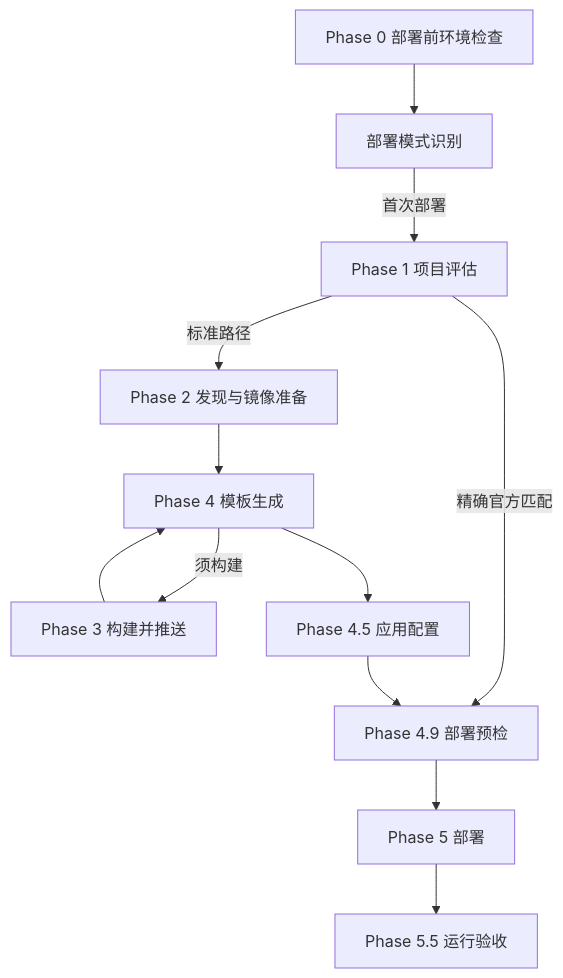
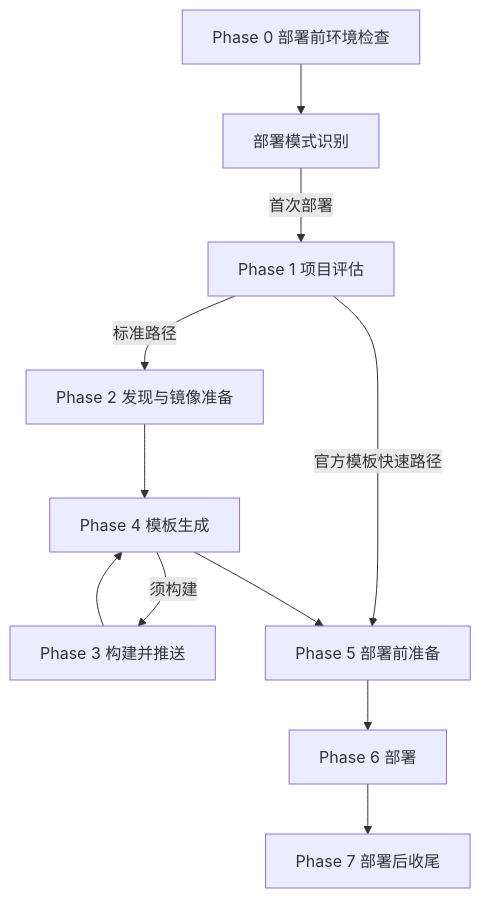
Before and after one commit to Che-Zhu/sealos-skills-doc: the diagram in pipeline/overview.mdx, drawn with Mermaid. The commit also changed other lines of this file and 44 other files, not shown here.

````diff
--- a/pipeline/overview.mdx
+++ b/pipeline/overview.mdx
@@ -29,22 +29,21 @@
 ```mermaid
 flowchart TD
   P0[Phase 0 部署前环境检查]
   MD[部署模式识别]
   P1[Phase 1 项目评估]
   P2[Phase 2 发现与镜像准备]
   P3[Phase 3 构建并推送]
   P4[Phase 4 模板生成]
-  P45[Phase 4.5 应用配置]
-  P49[Phase 4.9 部署预检]
-  P5[Phase 5 部署]
-  P55[Phase 5.5 运行验收]
+  P5[Phase 5 部署前准备]
+  P6[Phase 6 部署]
+  P7[Phase 7 部署后收尾]
 
   P0 --> MD
   MD -->|首次部署| P1
-  P1 -->|精确官方匹配| P49
+  P1 -->|官方模板快速路径| P5
   P1 -->|标准路径| P2
   P2 --> P4
   P4 -->|须构建| P3
   P3 --> P4
-  P4 --> P45 --> P49 --> P5 --> P55
+  P4 --> P5 --> P6 --> P7
 ```
````
